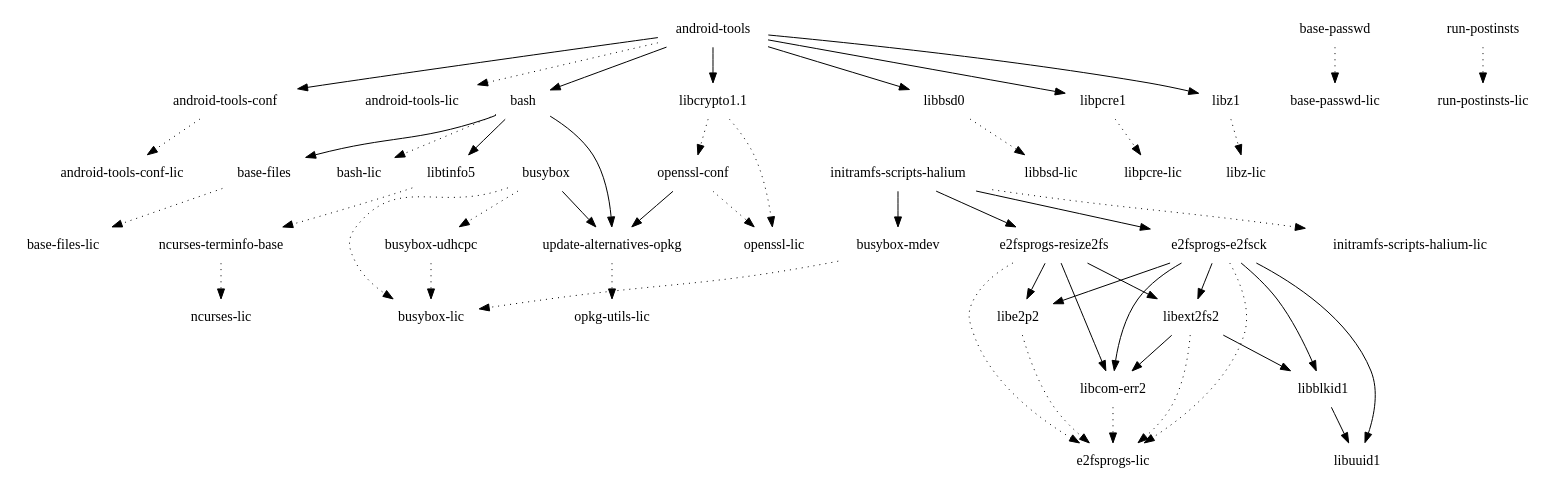
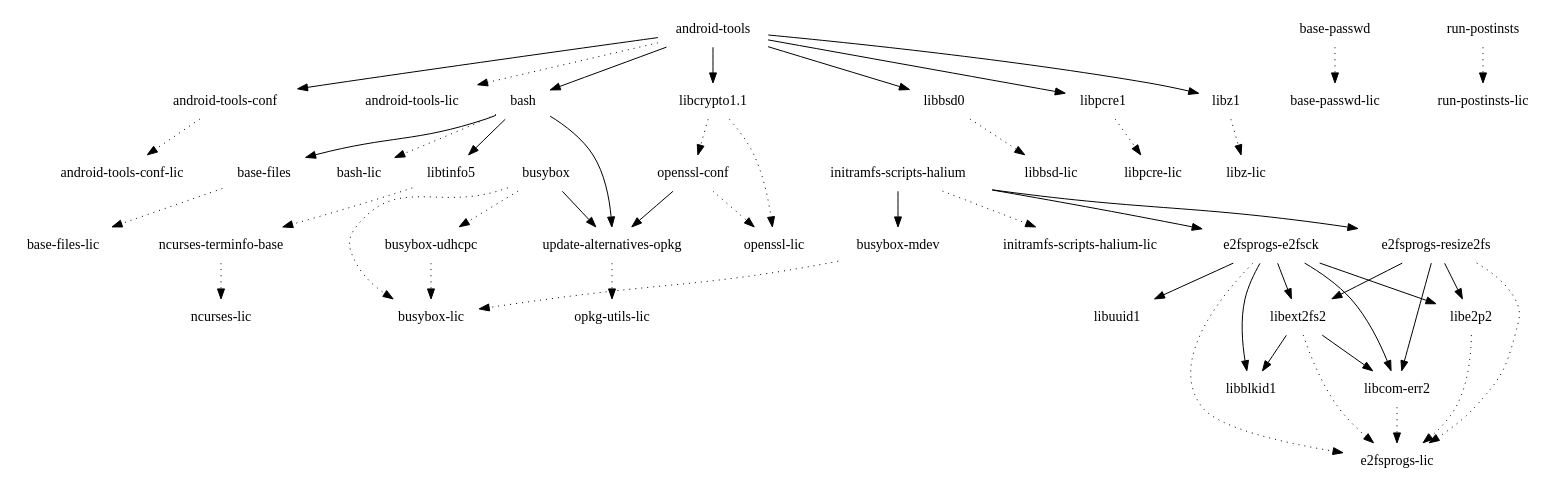
The diagram in images/mido/glibc/initramfs-android-image/depends-nokernel-nolibc.dot (webOS-ports/buildhistory), drawn with Graphviz before and after one commit. The commit also changed 11890 other files, not shown here.

```diff
--- a/images/mido/glibc/initramfs-android-image/depends-nokernel-nolibc.dot
+++ b/images/mido/glibc/initramfs-android-image/depends-nokernel-nolibc.dot
@@ -1,53 +1,52 @@
 digraph depends {
     node [shape=plaintext]
 "android-tools" -> "android-tools-conf"
 "android-tools" -> "android-tools-lic" [style=dotted]
 "android-tools" -> "bash"
 "android-tools-conf" -> "android-tools-conf-lic" [style=dotted]
 "android-tools" -> "libbsd0"
 "android-tools" -> "libcrypto1.1"
 "android-tools" -> "libpcre1"
 "android-tools" -> "libz1"
 "base-files" -> "base-files-lic" [style=dotted]
 "base-passwd" -> "base-passwd-lic" [style=dotted]
 "bash" -> "base-files"
 "bash" -> "bash-lic" [style=dotted]
 "bash" -> "libtinfo5"
 "bash" -> "update-alternatives-opkg"
 "busybox" -> "busybox-lic" [style=dotted]
 "busybox" -> "busybox-udhcpc" [style=dotted]
 "busybox-mdev" -> "busybox-lic" [style=dotted]
 "busybox-udhcpc" -> "busybox-lic" [style=dotted]
 "busybox" -> "update-alternatives-opkg"
 "e2fsprogs-e2fsck" -> "e2fsprogs-lic" [style=dotted]
 "e2fsprogs-e2fsck" -> "libblkid1"
 "e2fsprogs-e2fsck" -> "libcom-err2"
 "e2fsprogs-e2fsck" -> "libe2p2"
 "e2fsprogs-e2fsck" -> "libext2fs2"
 "e2fsprogs-e2fsck" -> "libuuid1"
 "e2fsprogs-resize2fs" -> "e2fsprogs-lic" [style=dotted]
 "e2fsprogs-resize2fs" -> "libcom-err2"
 "e2fsprogs-resize2fs" -> "libe2p2"
 "e2fsprogs-resize2fs" -> "libext2fs2"
 "initramfs-scripts-halium" -> "busybox-mdev"
 "initramfs-scripts-halium" -> "e2fsprogs-e2fsck"
 "initramfs-scripts-halium" -> "e2fsprogs-resize2fs"
 "initramfs-scripts-halium" -> "initramfs-scripts-halium-lic" [style=dotted]
-"libblkid1" -> "libuuid1"
 "libbsd0" -> "libbsd-lic" [style=dotted]
 "libcom-err2" -> "e2fsprogs-lic" [style=dotted]
 "libcrypto1.1" -> "openssl-conf" [style=dotted]
 "libcrypto1.1" -> "openssl-lic" [style=dotted]
 "libe2p2" -> "e2fsprogs-lic" [style=dotted]
 "libext2fs2" -> "e2fsprogs-lic" [style=dotted]
 "libext2fs2" -> "libblkid1"
 "libext2fs2" -> "libcom-err2"
 "libpcre1" -> "libpcre-lic" [style=dotted]
 "libtinfo5" -> "ncurses-terminfo-base" [style=dotted]
 "libz1" -> "libz-lic" [style=dotted]
 "ncurses-terminfo-base" -> "ncurses-lic" [style=dotted]
 "openssl-conf" -> "openssl-lic" [style=dotted]
 "openssl-conf" -> "update-alternatives-opkg"
 "run-postinsts" -> "run-postinsts-lic" [style=dotted]
 "update-alternatives-opkg" -> "opkg-utils-lic" [style=dotted]
 }
```
